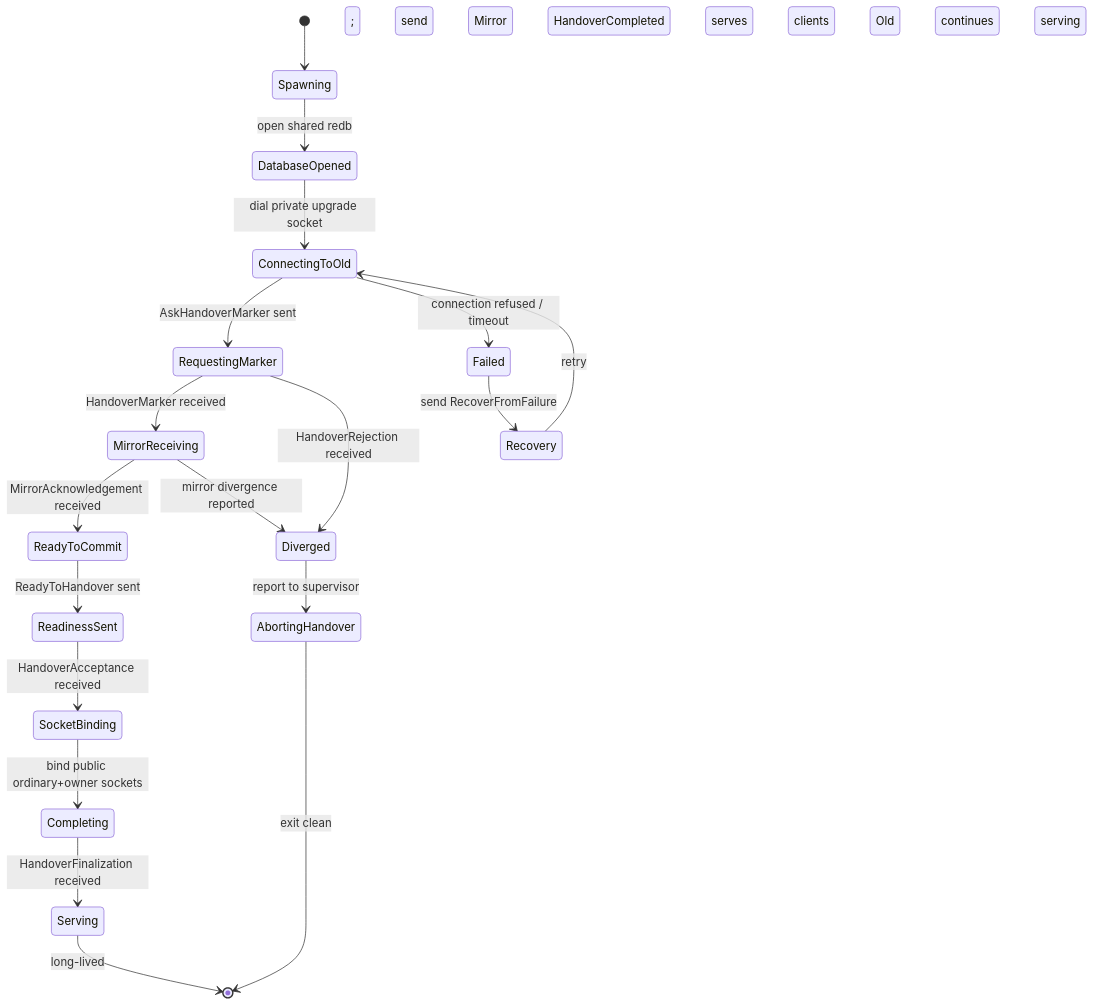
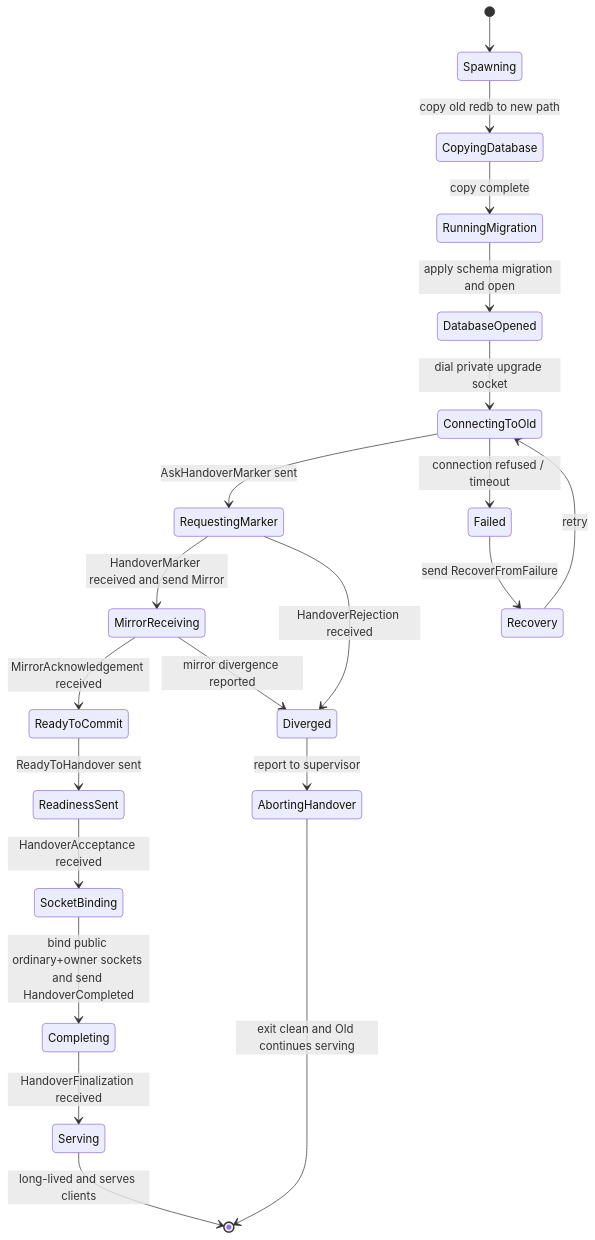
One commit to LiGoldragon/primary changed the third of 3 diagrams in reports/second-designer/175-upgrade-mechanism-full-design-2026-05-25.md. Above: the diagram before and after it, drawn with Mermaid. The commit also changed other lines of this file and 1 other file, not shown here.

Commit message:
second-designer: /175 fix — mermaid syntax (semicolons in labels, arrow spacing, Note text) + copy+migrate database (not shared) per psyche 2026-05-25 intents 543+544; skills/mermaid.md adds state-diagram + note-semicolon + arrow-spacing + uniform-label-sizing patterns

````diff
--- a/reports/second-designer/175-upgrade-mechanism-full-design-2026-05-25.md
+++ b/reports/second-designer/175-upgrade-mechanism-full-design-2026-05-25.md
@@ -156,22 +159,24 @@
 ```mermaid
 stateDiagram-v2
     [*] --> Spawning
-    Spawning --> DatabaseOpened: open shared redb
+    Spawning --> CopyingDatabase: copy old redb to new path
+    CopyingDatabase --> RunningMigration: copy complete
+    RunningMigration --> DatabaseOpened: apply schema migration and open
     DatabaseOpened --> ConnectingToOld: dial private upgrade socket
     ConnectingToOld --> RequestingMarker: AskHandoverMarker sent
-    RequestingMarker --> MirrorReceiving: HandoverMarker received; send Mirror
+    RequestingMarker --> MirrorReceiving: HandoverMarker received and send Mirror
     MirrorReceiving --> ReadyToCommit: MirrorAcknowledgement received
     ReadyToCommit --> ReadinessSent: ReadyToHandover sent
     ReadinessSent --> SocketBinding: HandoverAcceptance received
-    SocketBinding --> Completing: bind public ordinary+owner sockets; send HandoverCompleted
+    SocketBinding --> Completing: bind public ordinary+owner sockets and send HandoverCompleted
     Completing --> Serving: HandoverFinalization received
-    Serving --> [*]: long-lived; serves clients
+    Serving --> [*]: long-lived and serves clients
 
     ConnectingToOld --> Failed: connection refused / timeout
     RequestingMarker --> Diverged: HandoverRejection received
     MirrorReceiving --> Diverged: mirror divergence reported
     Diverged --> AbortingHandover: report to supervisor
-    AbortingHandover --> [*]: exit clean; Old continues serving
+    AbortingHandover --> [*]: exit clean and Old continues serving
     Failed --> Recovery: send RecoverFromFailure
     Recovery --> ConnectingToOld: retry
 ```
````
